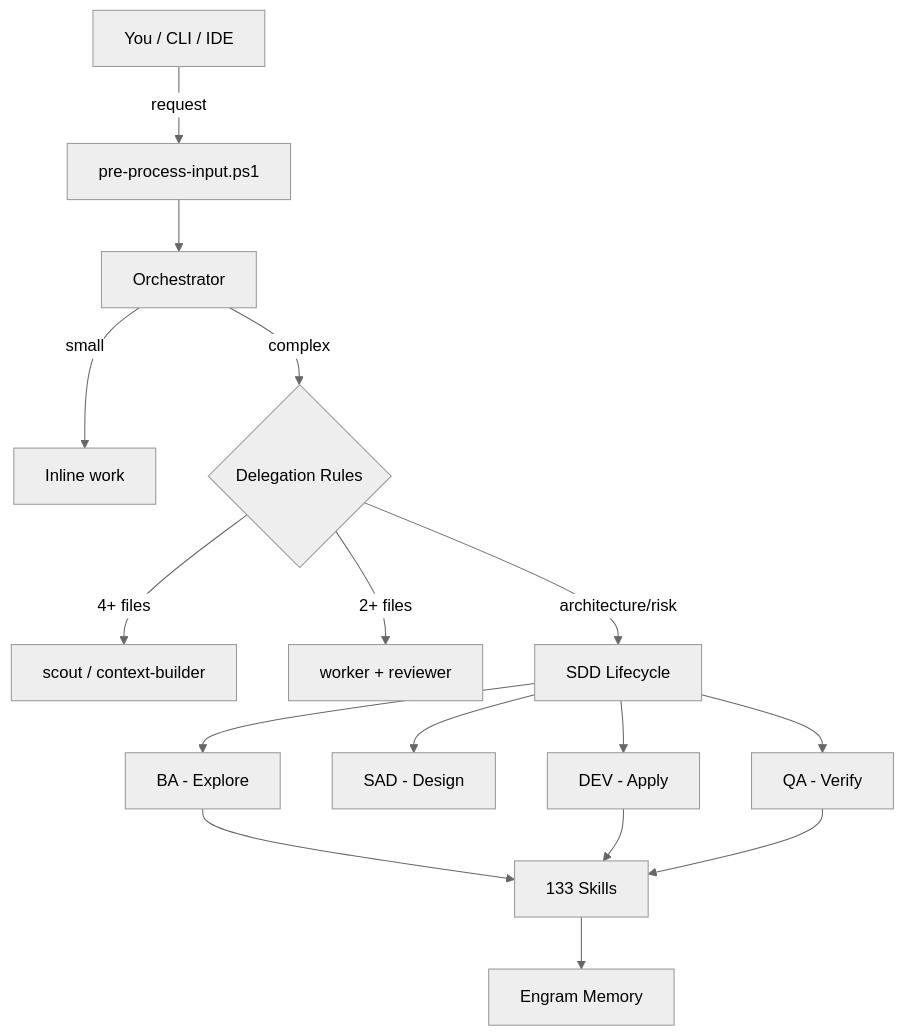
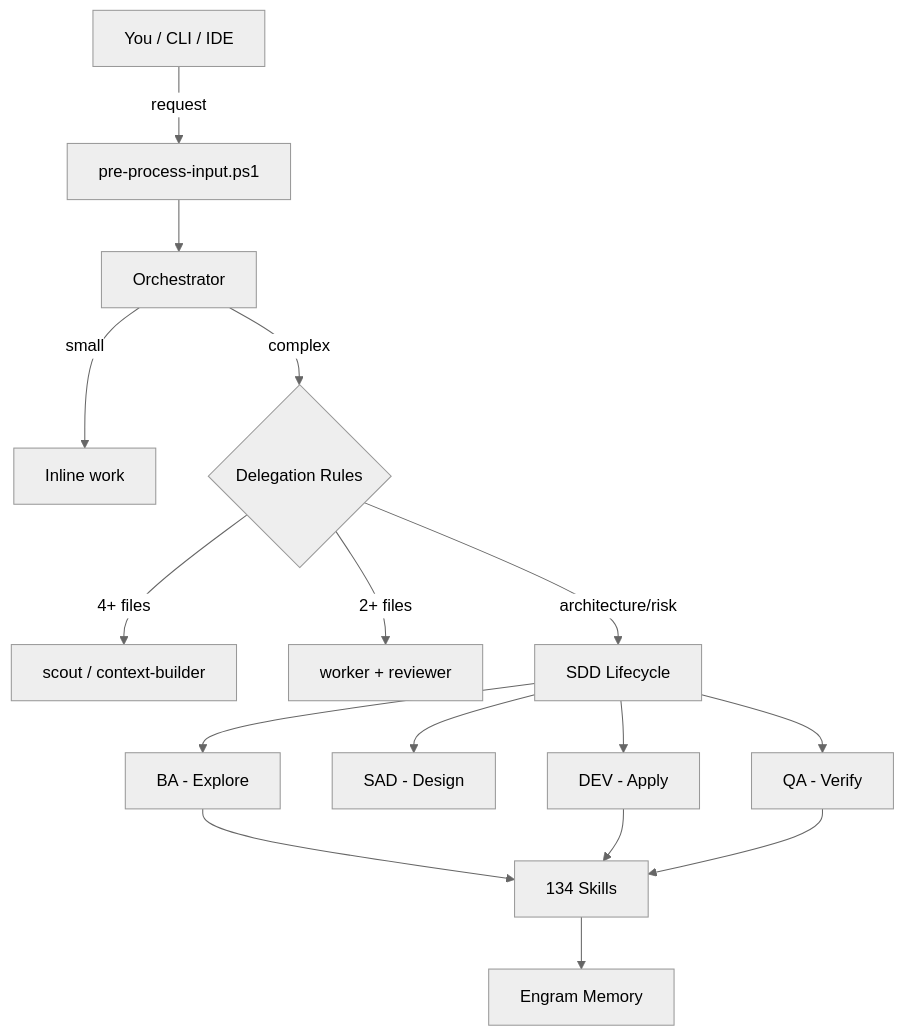
One commit to EmmanuelOrtiz87/gentle-vanguard changed the diagram in README.md. Above: the diagram before and after it, drawn with Mermaid (neutral theme). The commit also changed other lines of this file, not shown here.

Commit message:
fix(readme): 133->134 skills, v2.19.0 footer, remove stale files

````diff
--- a/README.md
+++ b/README.md
@@ -44,23 +44,23 @@
 ```mermaid
 flowchart TB
     YOU[You / CLI / IDE]
     YOU -->|request| PP[pre-process-input.ps1]
     PP --> ORC[Orchestrator]
 
     ORC -->|small| INLINE[Inline work]
     ORC -->|complex| DELEGATE{Delegation Rules}
     DELEGATE -->|4+ files| SCOUT[scout / context-builder]
     DELEGATE -->|2+ files| WORKER[worker + reviewer]
     DELEGATE -->|architecture/risk| SDD[SDD Lifecycle]
 
     SDD --> BA[BA - Explore]
     SDD --> SAD[SAD - Design]
     SDD --> DEV[DEV - Apply]
     SDD --> QA[QA - Verify]
 
-    BA --> SKILLS[133 Skills]
+    BA --> SKILLS[134 Skills]
     DEV --> SKILLS
     QA --> SKILLS
 
     SKILLS --> MEM[Engram Memory]
 ```
````
